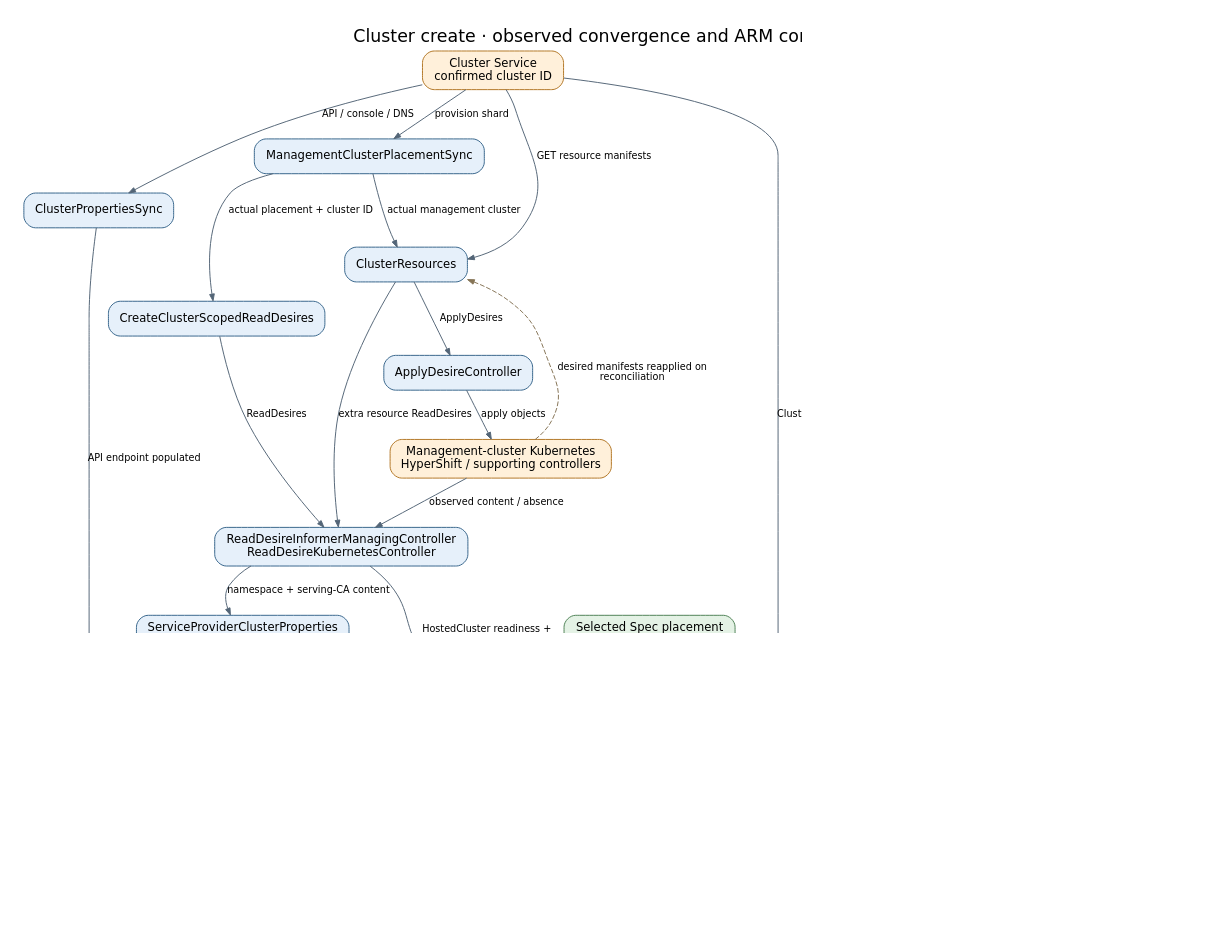
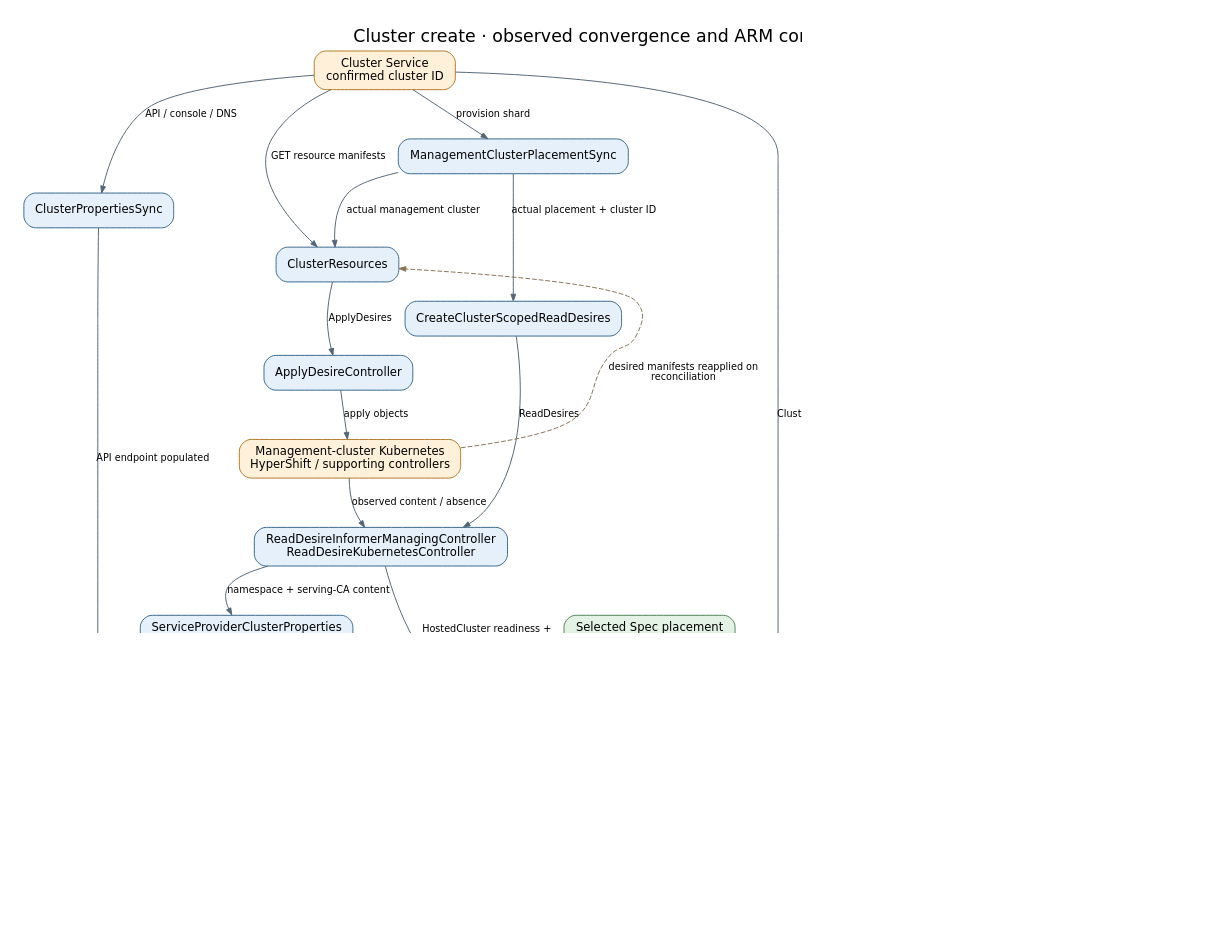
Before and after one commit to Azure/ARO-HCP: the diagram in docs/diagrams/controller-flows/cluster-convergence.dot, drawn with Graphviz. The commit also changed 7 other files, not shown here.

```diff
--- a/docs/diagrams/controller-flows/cluster-convergence.dot
+++ b/docs/diagrams/controller-flows/cluster-convergence.dot
@@ -1,45 +1,44 @@
 digraph cluster_convergence {
   graph [rankdir=TB, bgcolor="white", pad="0.3", nodesep="0.4", ranksep="0.55", fontname="DejaVu Sans", fontsize=18, labelloc=t, label="Cluster create · observed convergence and ARM completion", dpi=110];
   node [shape=box, style="rounded,filled", fillcolor="#e6f0fa", color="#35648a", fontname="DejaVu Sans", fontsize=12, margin="0.16,0.10"];
   edge [color="#536577", fontname="DejaVu Sans", fontsize=10, arrowsize=0.7];
   cs [label="Cluster Service\nconfirmed cluster ID", fillcolor="#fff0da", color="#b27624"];
   place [label="ManagementClusterPlacementSync", fillcolor="#e6f0fa", color="#35648a"];
   resources [label="ClusterResources", fillcolor="#e6f0fa", color="#35648a"];
   read [label="CreateClusterScopedReadDesires", fillcolor="#e6f0fa", color="#35648a"];
   apply [label="ApplyDesireController", fillcolor="#e6f0fa", color="#35648a"];
   kube [label="Management-cluster Kubernetes\nHyperShift / supporting controllers", fillcolor="#fff0da", color="#b27624"];
   mirror [label="ReadDesireInformerManagingController\nReadDesireKubernetesController", fillcolor="#e6f0fa", color="#35648a"];
   props [label="ServiceProviderClusterProperties\nSync", fillcolor="#e6f0fa", color="#35648a"];
   armprops [label="ClusterPropertiesSync", fillcolor="#e6f0fa", color="#35648a"];
   role [label="IdentityRoleAssignments", fillcolor="#e6f0fa", color="#35648a"];
   azure [label="Azure role assignments\nconfirmed group + resolved identities", fillcolor="#fff0da", color="#b27624"];
   op [label="OperationClusterCreate", fillcolor="#e6f0fa", color="#35648a"];
   done [label="ARM operation Succeeded\nActiveOperationID cleared", fillcolor="#e4f2e5", color="#4c8053"];
   uid [label="BackfillClusterUID", fillcolor="#e6f0fa", color="#35648a"];
   billing [label="CreateBillingDoc", fillcolor="#e6f0fa", color="#35648a"];
   cs -> place [label="provision shard"];
   place -> resources [label="actual management cluster"];
   cs -> resources [label="GET resource manifests"];
   place -> read [label="actual placement + cluster ID"];
   resources -> apply [label="ApplyDesires"];
   apply -> kube [label="apply objects"];
-  resources -> mirror [label="extra resource ReadDesires"];
   read -> mirror [label="ReadDesires"];
   kube -> mirror [label="observed content / absence"];
   mirror -> props [label="namespace + serving-CA content"];
   cs -> armprops [label="API / console / DNS"];
   selected [label="Selected Spec placement\nfrom prerequisites panel", fillcolor="#e4f2e5", color="#4c8053"];
   selected -> op [label="placement completion"];
   cs -> op [label="Cluster Service state"];
   mirror -> op [label="HostedCluster readiness +\nversion"];
   props -> op [label="serving CA populated"];
   armprops -> op [label="API endpoint populated"];
   role -> azure [label="GET / create missing"];
   role -> op [label="confirmed nonempty; none\npending"];
   op -> done [label="all completion checks\nsatisfied"];
   done -> billing [label="Succeeded; billing reference\nmissing"];
   uid -> billing [label="ClusterUID available"];
   azure -> role [label="created stays pending until\nGET confirms", style=dashed, color="#857456", constraint=false];
   op -> op [label="pending: observe again", style=dashed, color="#857456", constraint=false];
   kube -> resources [label="desired manifests reapplied on\nreconciliation", style=dashed, color="#857456", constraint=false];
 }
```
